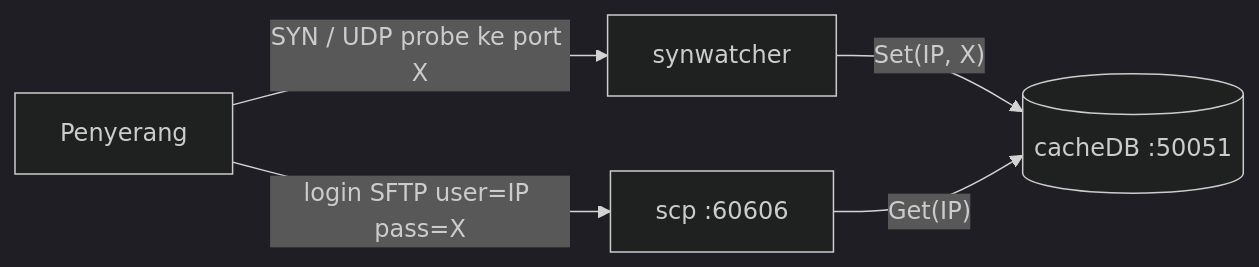
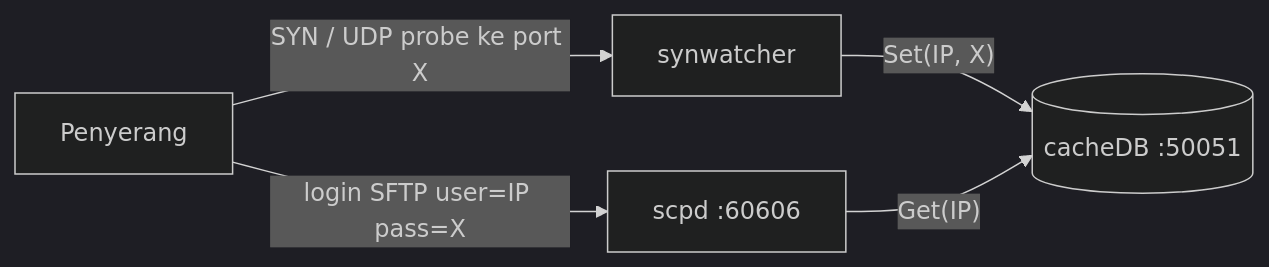
One commit to n0z0/synwatcher changed the diagram in README.md. Above: the diagram before and after it, drawn with Mermaid (dark theme). The commit also changed other lines of this file, not shown here.

Commit message:
docs: update ecosystem reference from scp to scpd

````diff
--- a/README.md
+++ b/README.md
@@ -15,7 +15,7 @@
 ```mermaid
 flowchart LR
     A[Penyerang] -- "SYN / UDP probe ke port X" --> B[synwatcher]
     B -- "Set(IP, X)" --> C[(cacheDB :50051)]
-    A -- "login SFTP user=IP pass=X" --> D[scp :60606]
+    A -- "login SFTP user=IP pass=X" --> D[scpd :60606]
     D -- "Get(IP)" --> C
 ```
````
